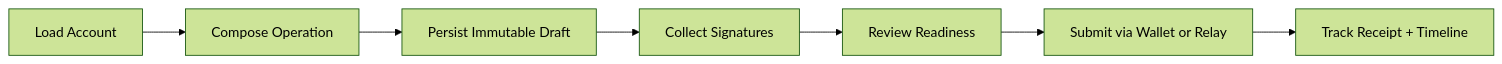
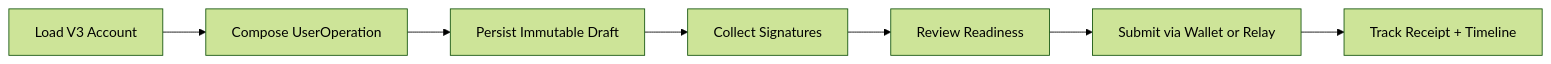
The first of 4 diagrams in frontend/src/assets/docs/workflow.md (r3e-network/neo-abstract-account), drawn with Mermaid (forest theme) before and after one commit. The commit also changed other lines of this file and 52 other files, not shown here.

````diff
--- a/frontend/src/assets/docs/workflow.md
+++ b/frontend/src/assets/docs/workflow.md
@@ -36,9 +32,9 @@
 ```mermaid
 flowchart LR
-  Load[Load Account] --> Compose[Compose Operation]
+  Load[Load V3 Account] --> Compose[Compose UserOperation]
   Compose --> Persist[Persist Immutable Draft]
   Persist --> Sign[Collect Signatures]
   Sign --> Review[Review Readiness]
   Review --> Submit[Submit via Wallet or Relay]
   Submit --> Receipt[Track Receipt + Timeline]
 ```
````
